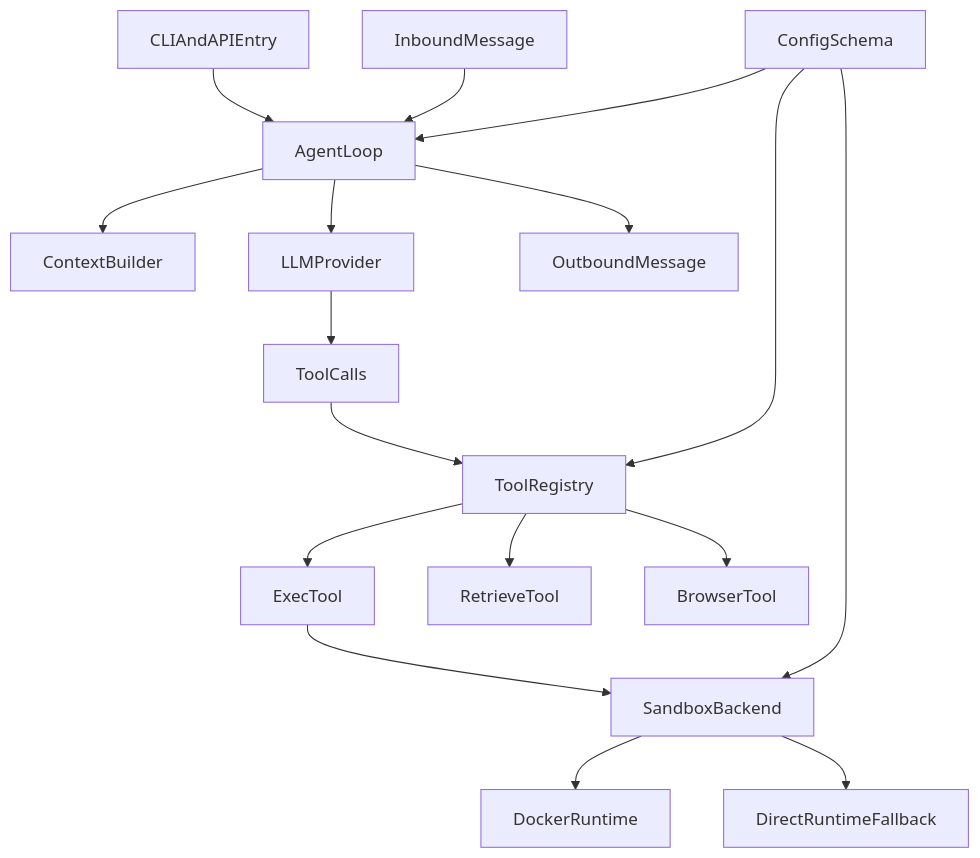
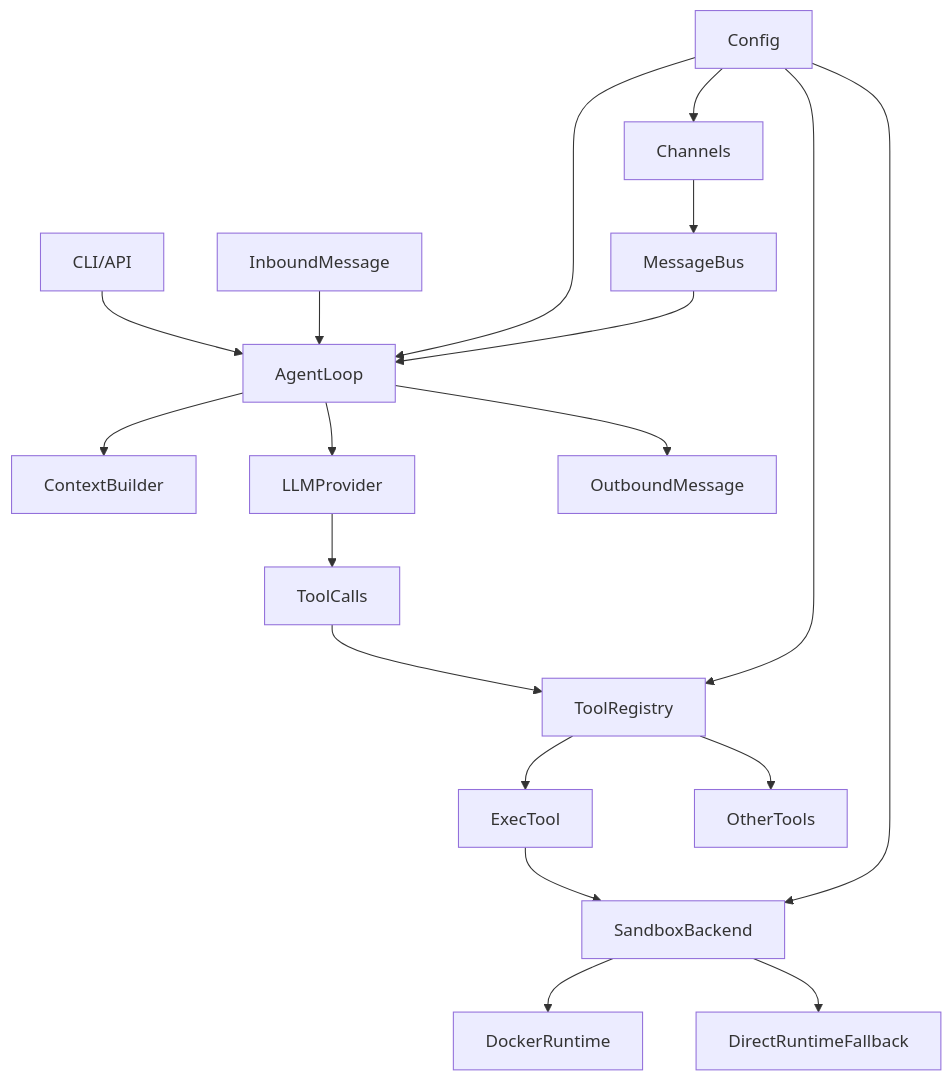
The diagram in README.md (JoyHouseLabs/joyhousebot), drawn with Mermaid before and after one commit. The commit also changed other lines of this file and 159 other files, not shown here.

````diff
--- a/README.md
+++ b/README.md
@@ -19,19 +24,21 @@
 ```mermaid
 flowchart TD
-  cliEntry[CLIAndAPIEntry] --> agentLoop[AgentLoop]
+  cliEntry[CLI/API] --> agentLoop[AgentLoop]
   inboundMsg[InboundMessage] --> agentLoop
   agentLoop --> contextBuilder[ContextBuilder]
   agentLoop --> llmProvider[LLMProvider]
   llmProvider --> toolCalls[ToolCalls]
   toolCalls --> toolRegistry[ToolRegistry]
   toolRegistry --> execTool[ExecTool]
-  toolRegistry --> retrievalTool[RetrieveTool]
-  toolRegistry --> browserTool[BrowserTool]
+  toolRegistry --> otherTools[OtherTools]
   execTool --> sandboxBackend[SandboxBackend]
   sandboxBackend --> dockerRuntime[DockerRuntime]
   sandboxBackend --> directRuntime[DirectRuntimeFallback]
   agentLoop --> outboundMsg[OutboundMessage]
-  configSchema[ConfigSchema] --> agentLoop
+  configSchema[Config] --> agentLoop
   configSchema --> toolRegistry
   configSchema --> sandboxBackend
+  configSchema --> channels[Channels]
+  channels --> bus[MessageBus]
+  bus --> agentLoop
 ```
````
